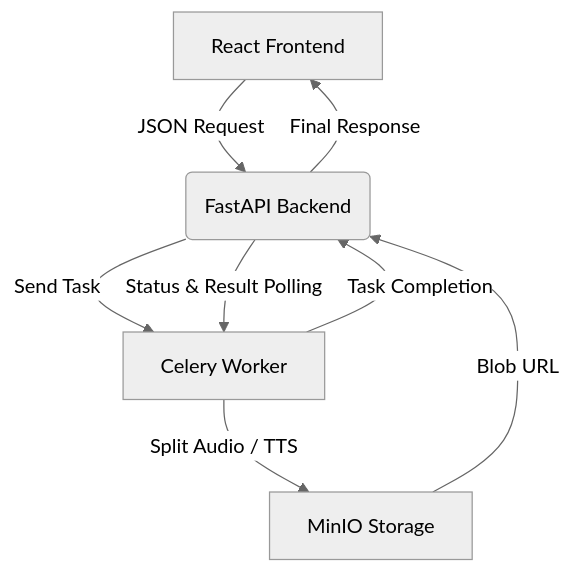
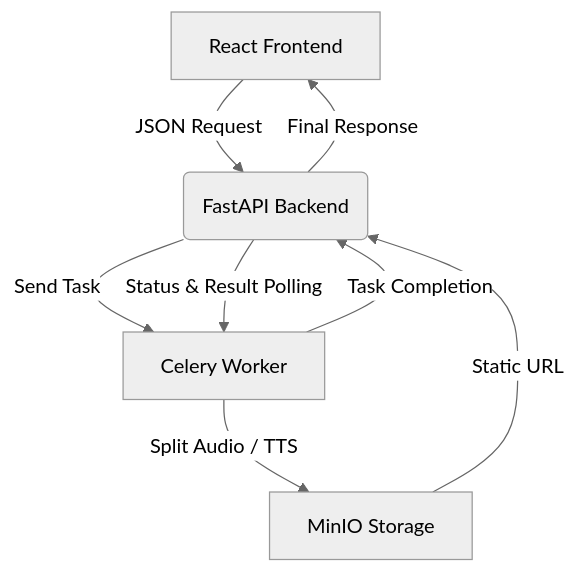
The diagram in README.md (taedyoverflow/yass_front), drawn with Mermaid (neutral theme) before and after one commit. The commit also changed other lines of this file and 3 other files, not shown here.

````diff
--- a/README.md
+++ b/README.md
@@ -41,10 +42,10 @@
 ```mermaid
 graph TD
     A[React Frontend] -->|JSON Request| B(FastAPI Backend)
     B -->|Send Task| C[Celery Worker]
     C -->|Split Audio / TTS| D[MinIO Storage]
-    D -->|Blob URL| B
+    D -->|Static URL| B
     B -->|Final Response| A
     B -->|Status & Result Polling| C
     C -->|Task Completion| B
 ```
````
